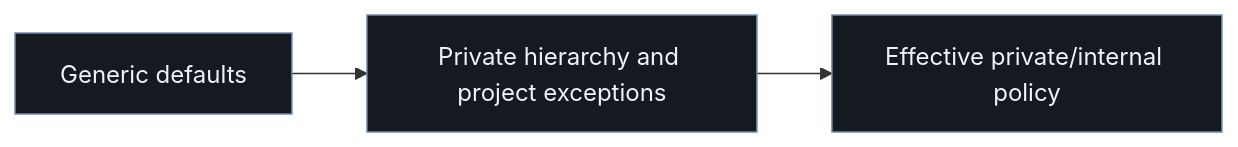
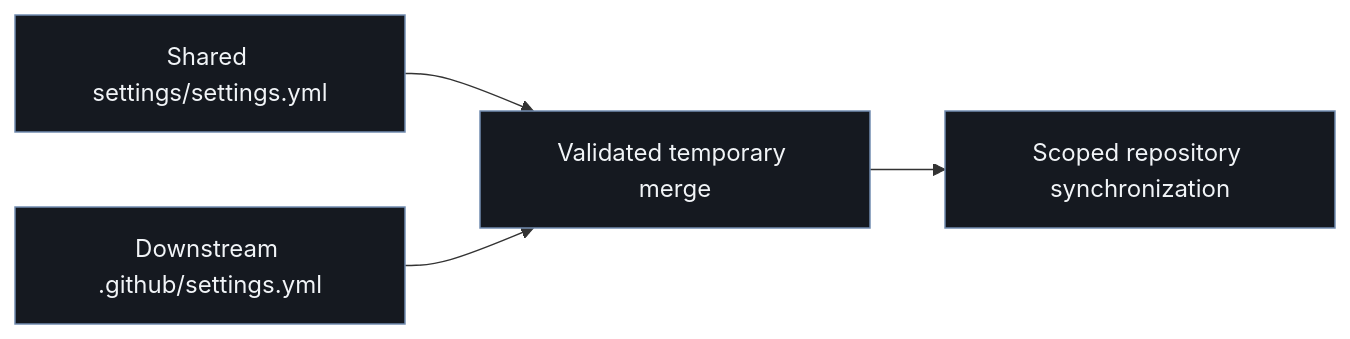
The diagram in .github/review-evidence/organization-settings/work.mmd (astrivant/.github), drawn with Mermaid before and after one commit. The commit also changed 3 other files, not shown here.

First line of the commit message:
Keep shared policy at settings/settings.yml with downstream overrides (#2)

```diff
--- a/.github/review-evidence/organization-settings/work.mmd
+++ b/.github/review-evidence/organization-settings/work.mmd
@@ -1,4 +1,5 @@
 flowchart LR
-  generic["Generic defaults"] --> hierarchy["Private hierarchy and project exceptions"]
-  hierarchy --> effective["Effective private/internal policy"]
+  defaults["Shared settings/settings.yml"] --> merge["Validated temporary merge"]
+  project["Downstream .github/settings.yml"] --> merge
+  merge --> sync["Scoped repository synchronization"]
 classDef default fill:#151920,stroke:#728cb0,color:#f1f4f7;
```
